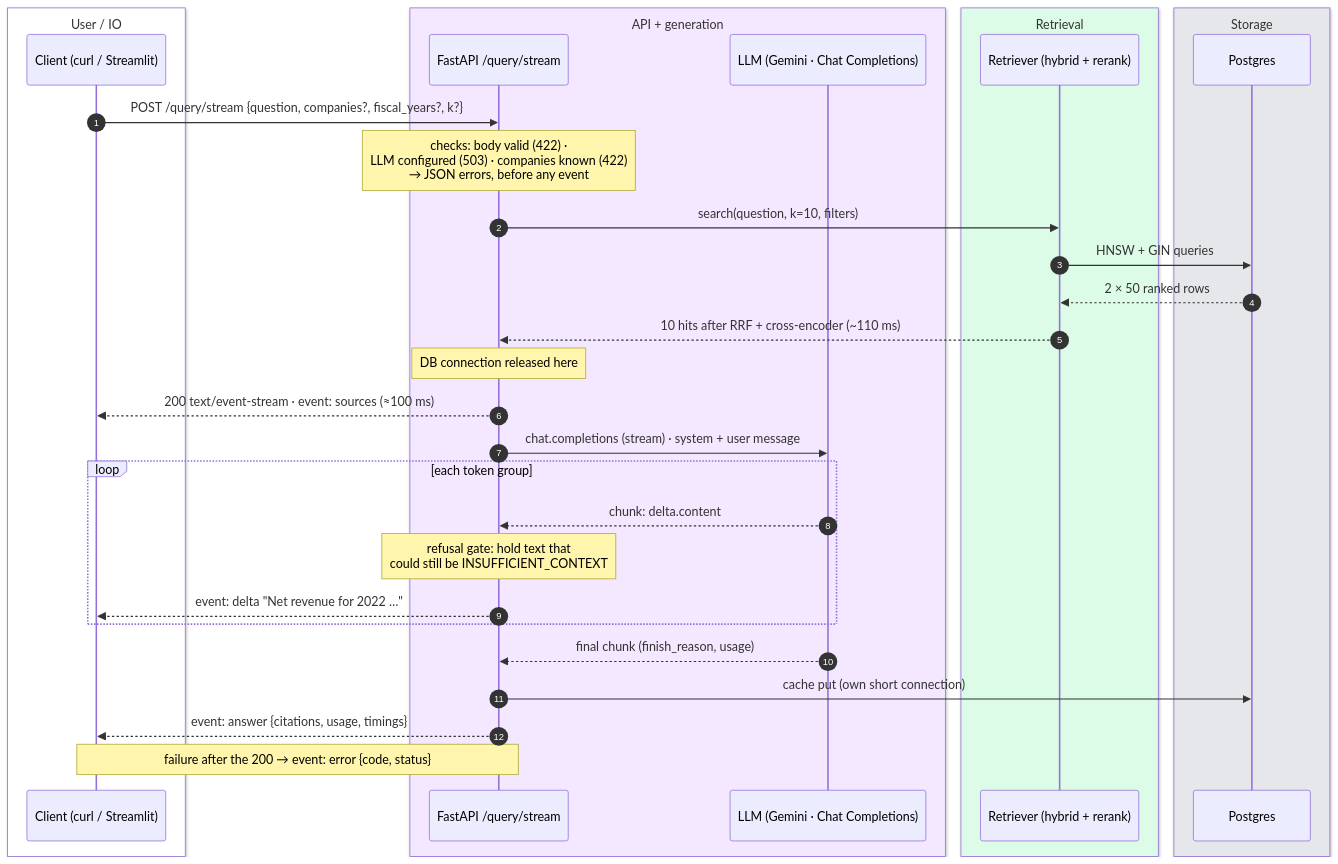
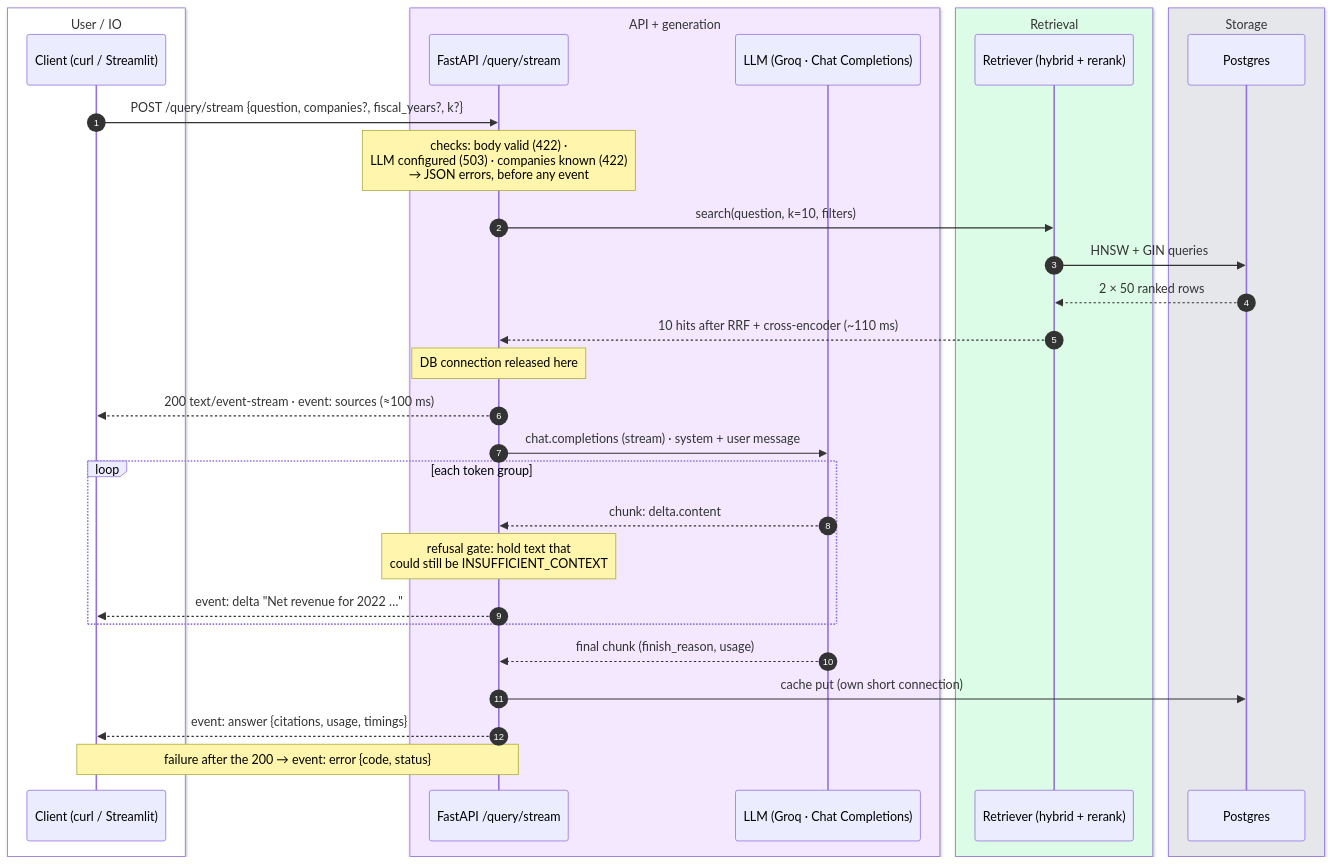
Before and after one commit to Deoxy7/rag-assistant: the diagram in docs/diagrams/src/14-sse-sequence.mmd, drawn with Mermaid. The commit also changed 69 other files, not shown here.

```diff
--- a/docs/diagrams/src/14-sse-sequence.mmd
+++ b/docs/diagrams/src/14-sse-sequence.mmd
@@ -1,34 +1,34 @@
 %% Owner: docs/14-api-and-streaming.md — one POST /query/stream, measured timings with the fake LLM.
 sequenceDiagram
     autonumber
     box rgb(255,255,255) User / IO
         participant C as Client (curl / Streamlit)
     end
     box rgb(243,232,255) API + generation
         participant A as FastAPI /query/stream
-        participant L as LLM (Gemini · Chat Completions)
+        participant L as LLM (Groq · Chat Completions)
     end
     box rgb(220,252,231) Retrieval
         participant R as Retriever (hybrid + rerank)
     end
     box rgb(229,231,235) Storage
         participant P as Postgres
     end
     C->>A: POST /query/stream {question, companies?, fiscal_years?, k?}
     Note over A: checks: body valid (422) ·<br/>LLM configured (503) · companies known (422)<br/>→ JSON errors, before any event
     A->>R: search(question, k=10, filters)
     R->>P: HNSW + GIN queries
     P-->>R: 2 × 50 ranked rows
     R-->>A: 10 hits after RRF + cross-encoder (~110 ms)
     Note over A: DB connection released here
     A-->>C: 200 text/event-stream · event: sources (≈100 ms)
     A->>L: chat.completions (stream) · system + user message
     loop each token group
         L-->>A: chunk: delta.content
         Note over A: refusal gate: hold text that<br/>could still be INSUFFICIENT_CONTEXT
         A-->>C: event: delta "Net revenue for 2022 …"
     end
     L-->>A: final chunk (finish_reason, usage)
     A->>P: cache put (own short connection)
     A-->>C: event: answer {citations, usage, timings}
     Note over C,A: failure after the 200 → event: error {code, status}
```
